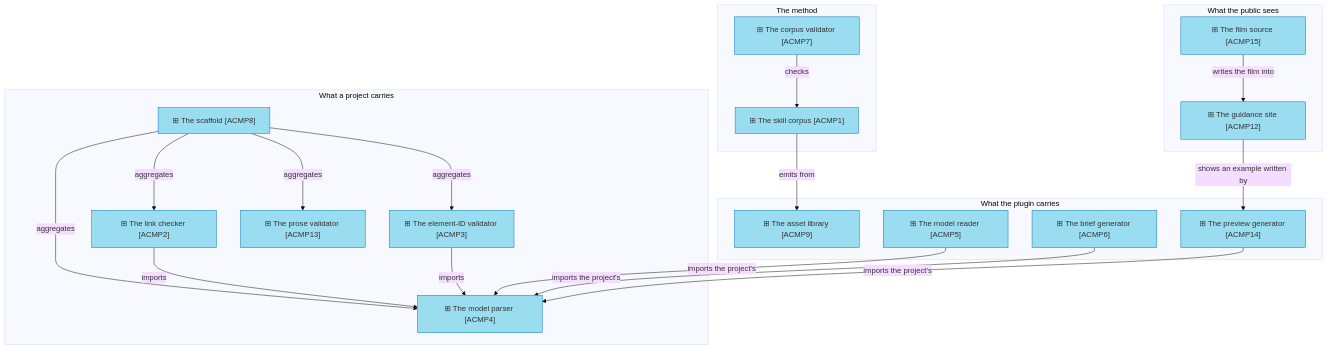
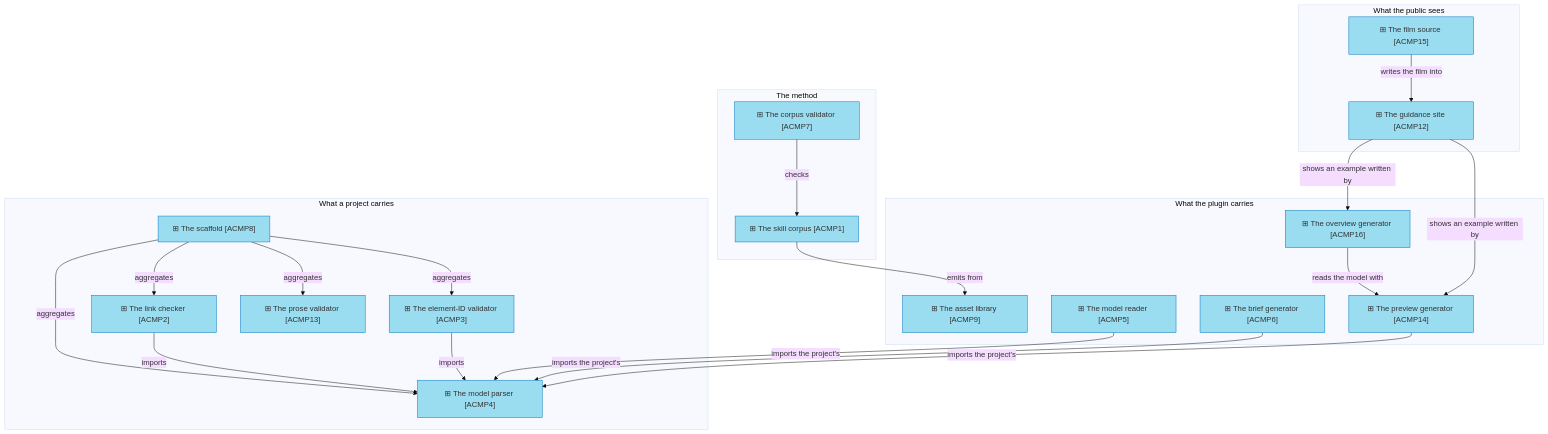
The diagram in product-archreator/architecture/4_application/2_application-components.md (roanboc/architecture-archreator), drawn with Mermaid (base theme) before and after one commit. The commit also changed other lines of this file and 8 other files, not shown here.

````diff
--- a/product-archreator/architecture/4_application/2_application-components.md
+++ b/product-archreator/architecture/4_application/2_application-components.md
@@ -14,40 +14,43 @@
 ```mermaid
 flowchart TB
   subgraph corpus["The method"]
     c1["⊞ The skill corpus [ACMP1]"]:::app
     c7["⊞ The corpus validator [ACMP7]"]:::app
   end
   subgraph project["What a project carries"]
     c8["⊞ The scaffold [ACMP8]"]:::app
     c2["⊞ The link checker [ACMP2]"]:::app
     c3["⊞ The element-ID validator [ACMP3]"]:::app
     c4["⊞ The model parser [ACMP4]"]:::app
     c13["⊞ The prose validator [ACMP13]"]:::app
   end
   subgraph plugin["What the plugin carries"]
     c9["⊞ The asset library [ACMP9]"]:::app
     c5["⊞ The model reader [ACMP5]"]:::app
     c6["⊞ The brief generator [ACMP6]"]:::app
     c14["⊞ The preview generator [ACMP14]"]:::app
+    c16["⊞ The overview generator [ACMP16]"]:::app
   end
   subgraph public["What the public sees"]
     c12["⊞ The guidance site [ACMP12]"]:::app
     c15["⊞ The film source [ACMP15]"]:::app
   end
 
   c7 -->|checks| c1
   c8 -->|aggregates| c2
   c8 -->|aggregates| c3
   c8 -->|aggregates| c4
   c8 -->|aggregates| c13
   c2 -->|imports| c4
   c3 -->|imports| c4
   c5 -->|imports the project's| c4
   c6 -->|imports the project's| c4
   c14 -->|imports the project's| c4
+  c16 -->|reads the model with| c14
   c12 -->|shows an example written by| c14
+  c12 -->|shows an example written by| c16
   c15 -->|writes the film into| c12
   c1 -->|emits from| c9
 
   classDef app fill:#9adcf0,stroke:#0277bd,color:#333
 ```
````
